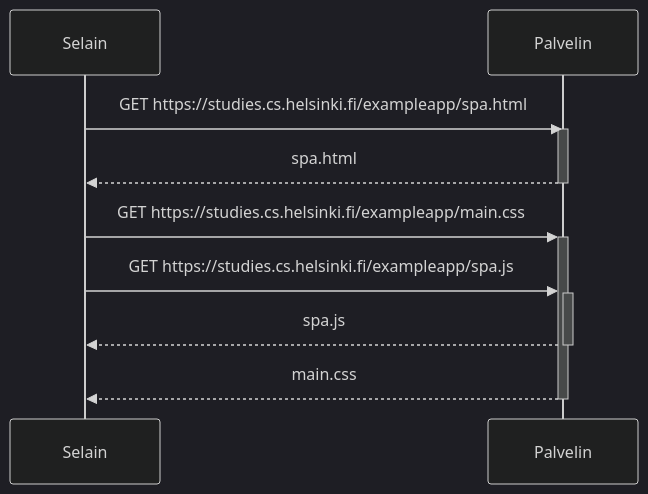
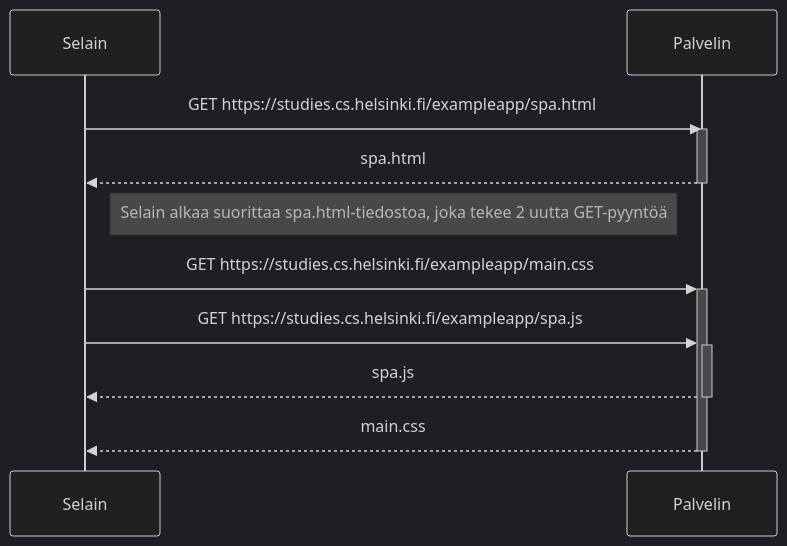
Before and after one commit to PasiParviainen/Fullstackosa0: the diagram in 0.5.md, drawn with Mermaid (dark theme).

````diff
--- a/0.5.md
+++ b/0.5.md
@@ -1,15 +1,17 @@
 ```mermaid
 sequenceDiagram
   Participant S as Selain
   Participant P as Palvelin
 
   S->>P: GET https://studies.cs.helsinki.fi/exampleapp/spa.html
   activate P
   P-->>S: spa.html
   deactivate P
 
+  note right of S: Selain alkaa suorittaa spa.html-tiedostoa, joka tekee 2 uutta GET-pyyntöä
+
   S->>+P: GET https://studies.cs.helsinki.fi/exampleapp/main.css
   S->>+P: GET https://studies.cs.helsinki.fi/exampleapp/spa.js
   P-->>-S: spa.js
   P-->>-S: main.css
 ```
````
